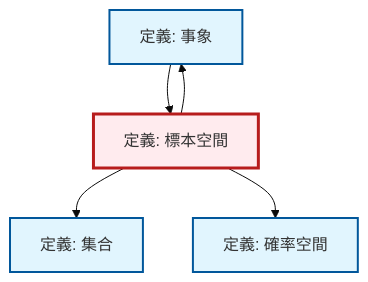
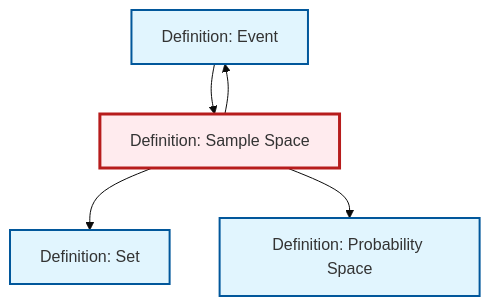
The diagram in content/ja/probability-statistics/def-sample-space.qmd (RK0429/ModernMath), drawn with Mermaid (base theme) before and after one commit. The commit also changed 203 other files, not shown here.

````diff
--- a/content/ja/probability-statistics/def-sample-space.qmd
+++ b/content/ja/probability-statistics/def-sample-space.qmd
@@ -58,22 +58,18 @@
 ```{mermaid}
-%%| fig-cap: "局所依存関係グラフ"
+%%| fig-cap: "Local dependency graph"
 graph TD
     classDef definition fill:#e1f5fe,stroke:#01579b,stroke-width:2px
     classDef theorem fill:#f3e5f5,stroke:#4a148c,stroke-width:2px
     classDef axiom fill:#fff3e0,stroke:#e65100,stroke-width:2px
     classDef example fill:#e8f5e9,stroke:#1b5e20,stroke-width:2px
     classDef current fill:#ffebee,stroke:#b71c1c,stroke-width:3px
-    def-event["定義: 事象"]:::definition
-    def-sample-space["定義: 標本空間"]:::definition
-    def-set["定義: 集合"]:::definition
-    def-probability-space["定義: 確率空間"]:::definition
+    def-event["Definition: Event"]:::definition
+    def-sample-space["Definition: Sample Space"]:::definition
+    def-set["Definition: Set"]:::definition
+    def-probability-space["Definition: Probability Space"]:::definition
     def-sample-space --> def-set
     def-sample-space --> def-event
     def-event --> def-sample-space
     def-sample-space --> def-probability-space
     class def-sample-space current
-
-    click def-event "def-event.html" "Go to 定義: 事象"
-    click def-set "def-set.html" "Go to 定義: 集合"
-    click def-probability-space "def-probability-space.html" "Go to 定義: 確率空間"
 ```
````
